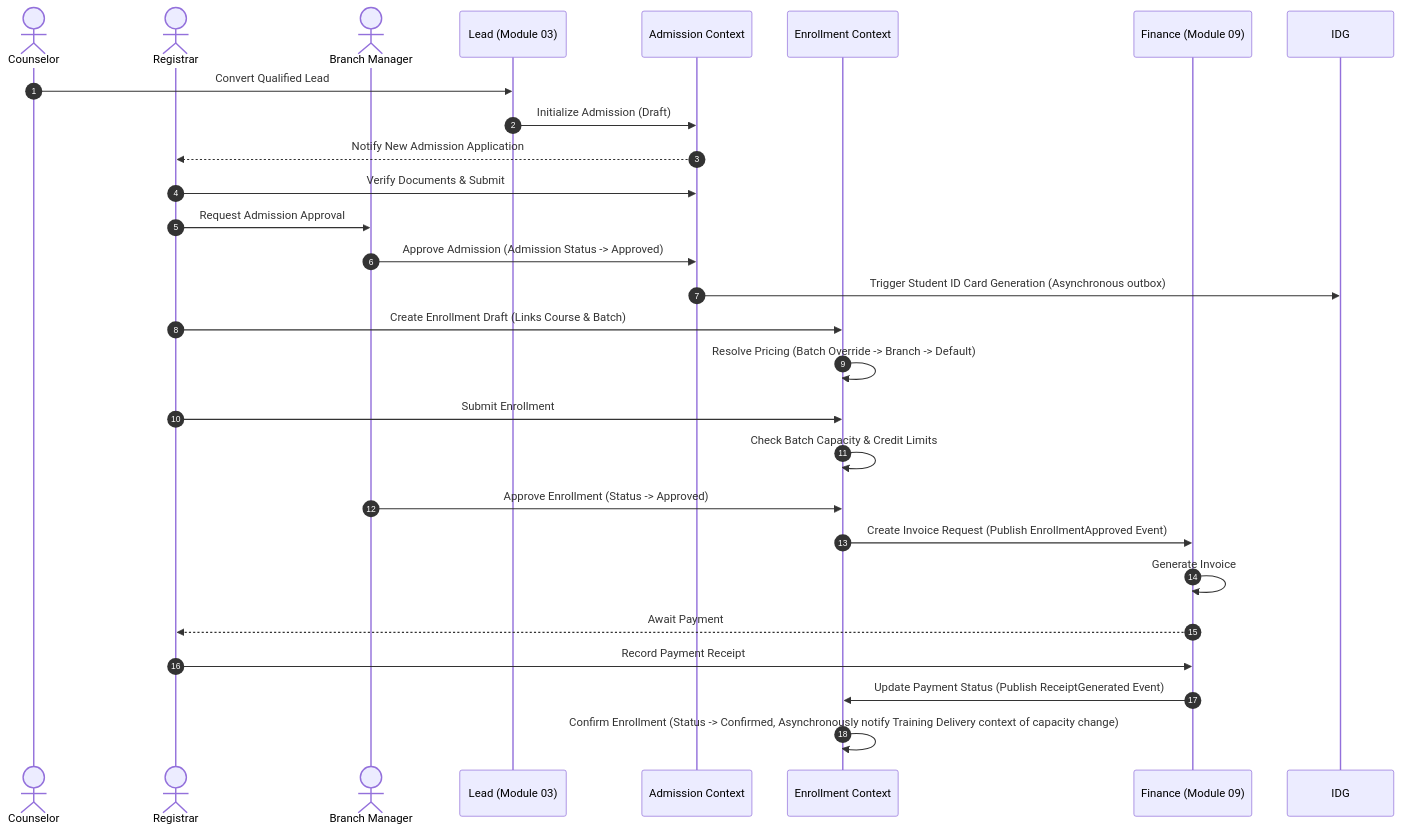
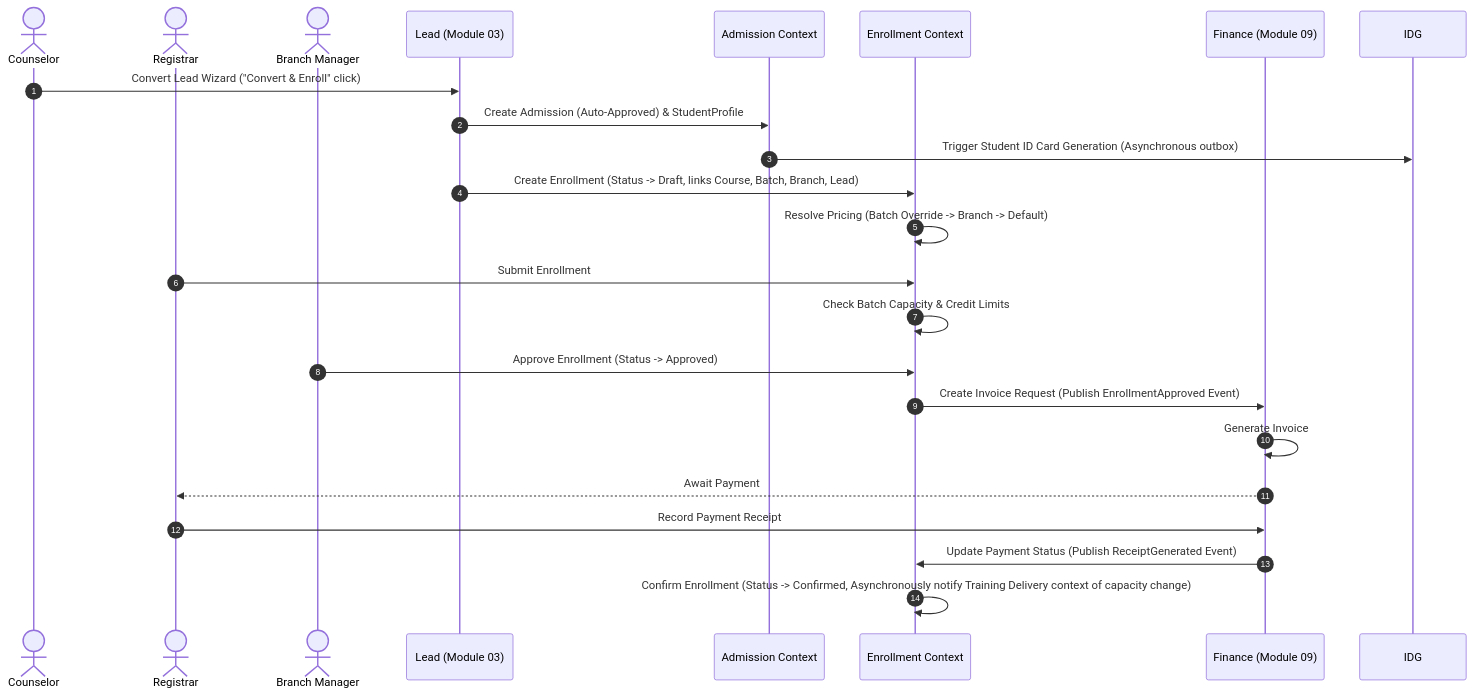
The first of 2 diagrams in docs/architecture/frd/Module 04 - Admission & Enrollment Management/Part 2 – User Stories, Use Cases, Workflows, State Machines.md (needuvazh/ims-v2), drawn with Mermaid before and after one commit. The commit also changed other lines of this file and 174 other files, not shown here.

Commit message:
improved lead, admission, student profile screens

````diff
--- a/docs/architecture/frd/Module 04 - Admission & Enrollment Management/Part 2 – User Stories, Use Cases, Workflows, State Machines.md
+++ b/docs/architecture/frd/Module 04 - Admission & Enrollment Management/Part 2 – User Stories, Use Cases, Workflows, State Machines.md
@@ -258,32 +261,28 @@
 ```mermaid
 sequenceDiagram
     autonumber
     actor Counselor as Counselor
     actor Registrar as Registrar
     actor Manager as Branch Manager
     participant CRM as Lead (Module 03)
     participant ADM as Admission Context
     participant ENR as Enrollment Context
     participant FIN as Finance (Module 09)
 
-    Counselor->>CRM: Convert Qualified Lead
-    CRM->>ADM: Initialize Admission (Draft)
-    ADM-->>Registrar: Notify New Admission Application
-    Registrar->>ADM: Verify Documents & Submit
-    Registrar->>Manager: Request Admission Approval
-    Manager->>ADM: Approve Admission (Admission Status -> Approved)
+    Counselor->>CRM: Convert Lead Wizard ("Convert & Enroll" click)
+    CRM->>ADM: Create Admission (Auto-Approved) & StudentProfile
     ADM->>IDG: Trigger Student ID Card Generation (Asynchronous outbox)
-
-    Registrar->>ENR: Create Enrollment Draft (Links Course & Batch)
+    CRM->>ENR: Create Enrollment (Status -> Draft, links Course, Batch, Branch, Lead)
     ENR->>ENR: Resolve Pricing (Batch Override -> Branch -> Default)
+    
     Registrar->>ENR: Submit Enrollment
     ENR->>ENR: Check Batch Capacity & Credit Limits
     Manager->>ENR: Approve Enrollment (Status -> Approved)
     ENR->>FIN: Create Invoice Request (Publish EnrollmentApproved Event)
     FIN->>FIN: Generate Invoice
     FIN-->>Registrar: Await Payment
 
     Registrar->>FIN: Record Payment Receipt
     FIN->>ENR: Update Payment Status (Publish ReceiptGenerated Event)
     ENR->>ENR: Confirm Enrollment (Status -> Confirmed, Asynchronously notify Training Delivery context of capacity change)
 ```
````
